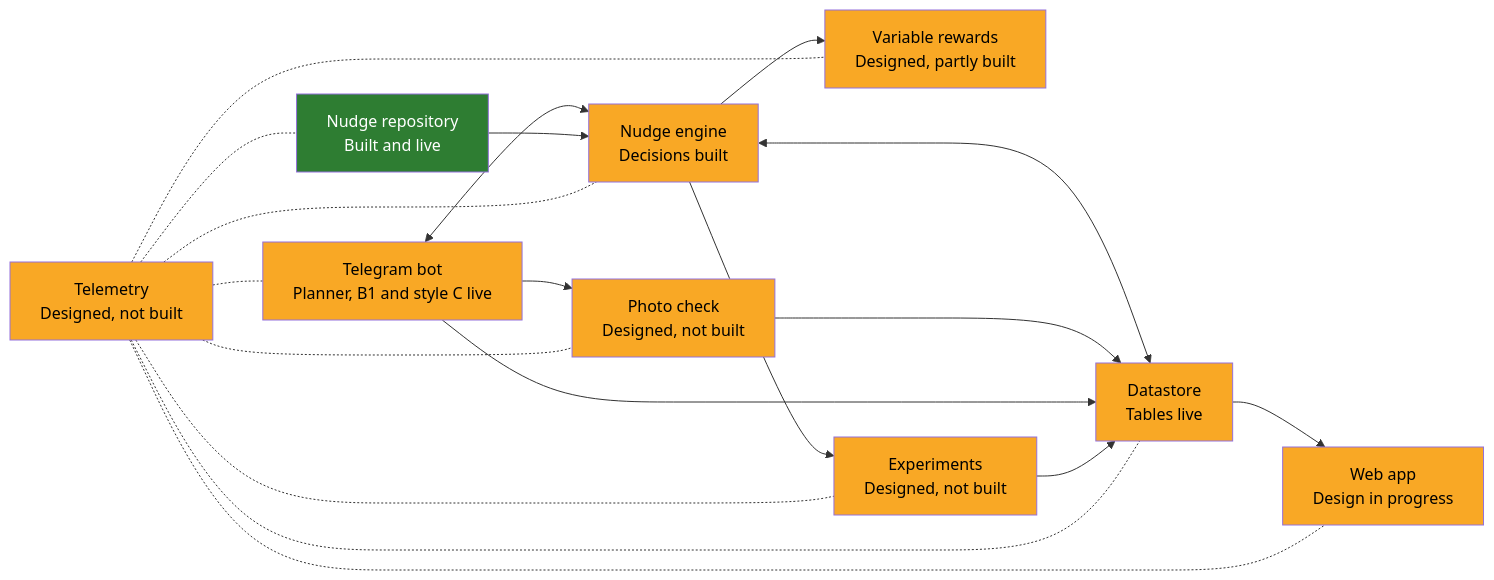
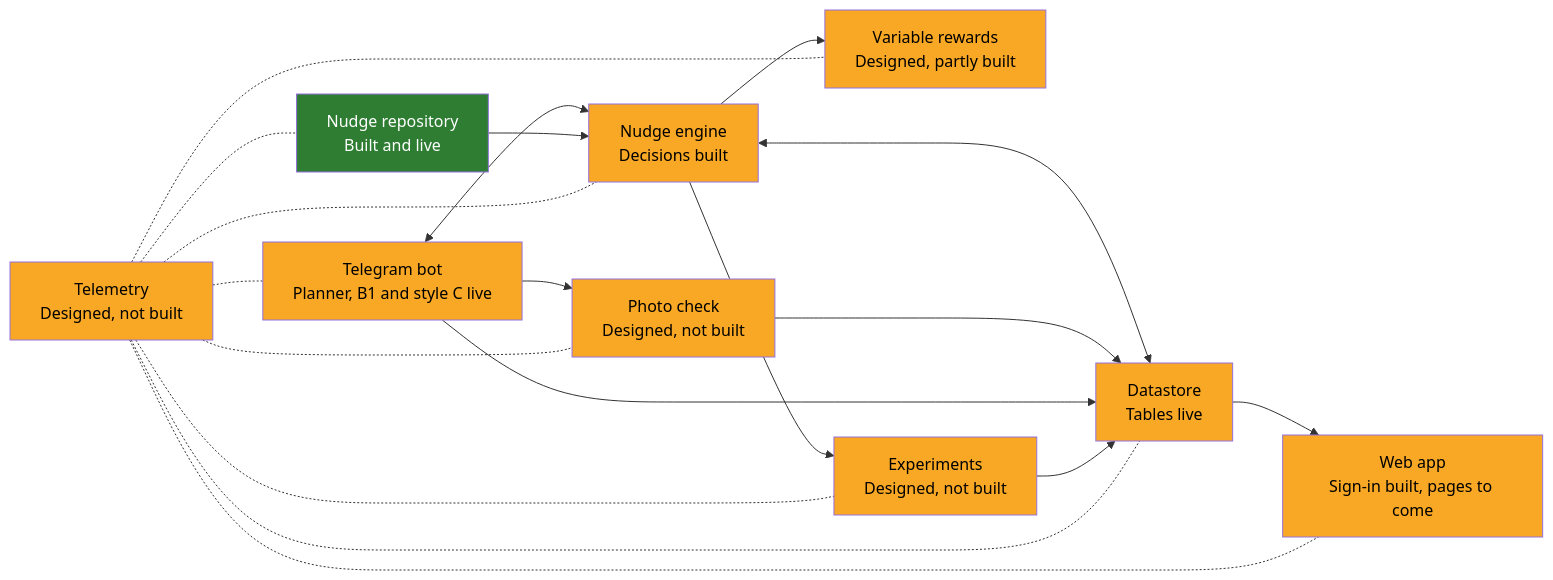
One commit to WeiLieh/FamilyHabitBuilder changed the diagram in docs/ARCHITECTURE.md. Above: the diagram before and after it, drawn with Mermaid. The commit also changed other lines of this file and 21 other files, not shown here.

First line of the commit message:
Web app sign-in: /mypage link, one-button page, protected cookie, per-parent pass, Sign out

````diff
--- a/docs/ARCHITECTURE.md
+++ b/docs/ARCHITECTURE.md
@@ -5,35 +5,35 @@
 ```mermaid
 flowchart LR
     telegram["Telegram bot<br/>Planner, B1 and style C live"]:::part
     engine["Nudge engine<br/>Decisions built"]:::part
     repository["Nudge repository<br/>Built and live"]:::done
     photo["Photo check<br/>Designed, not built"]:::part
     rewards["Variable rewards<br/>Designed, partly built"]:::part
     datastore["Datastore<br/>Tables live"]:::part
-    webapp["Web app<br/>Design in progress"]:::part
+    webapp["Web app<br/>Sign-in built, pages to come"]:::part
     telemetry["Telemetry<br/>Designed, not built"]:::part
     experiments["Experiments<br/>Designed, not built"]:::part
 
     telegram <--> engine
     repository --> engine
     engine --> rewards
     engine <--> datastore
     telegram --> photo
     photo --> datastore
     telegram --> datastore
     datastore --> webapp
     engine --> experiments
     experiments --> datastore
     telemetry -.- telegram
     telemetry -.- engine
     telemetry -.- repository
     telemetry -.- photo
     telemetry -.- rewards
     telemetry -.- datastore
     telemetry -.- webapp
     telemetry -.- experiments
 
     classDef done fill:#2e7d32,color:#ffffff
     classDef part fill:#f9a825,color:#000000
     classDef todo fill:#9e9e9e,color:#000000
 ```
````
